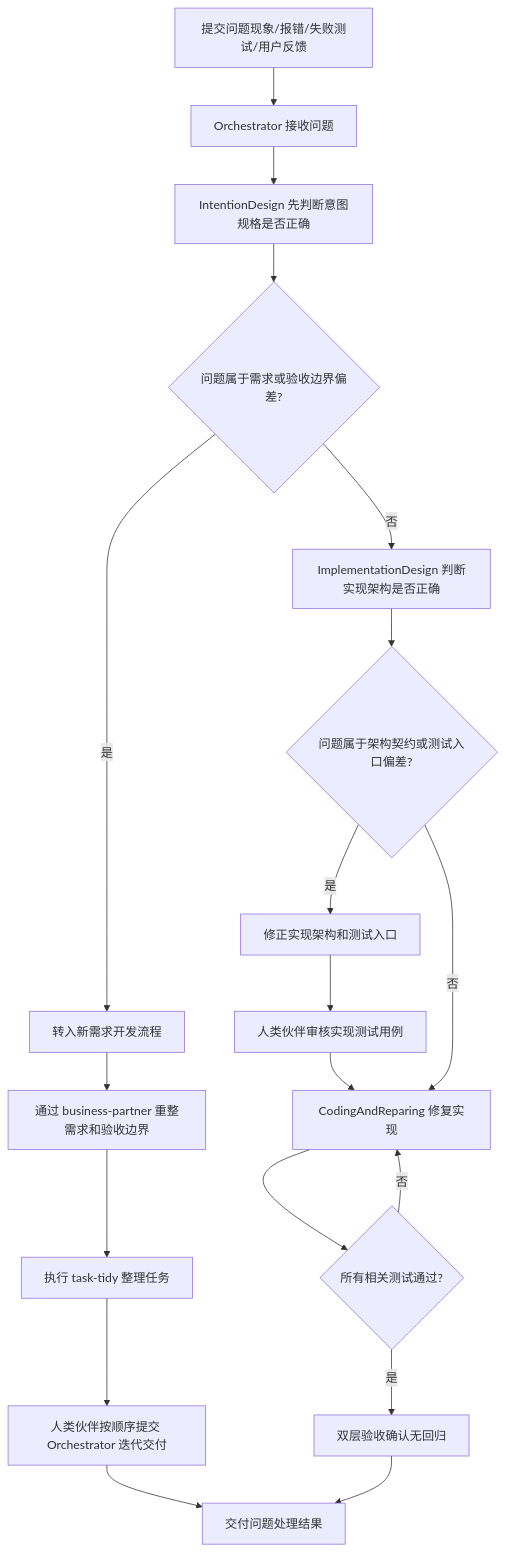
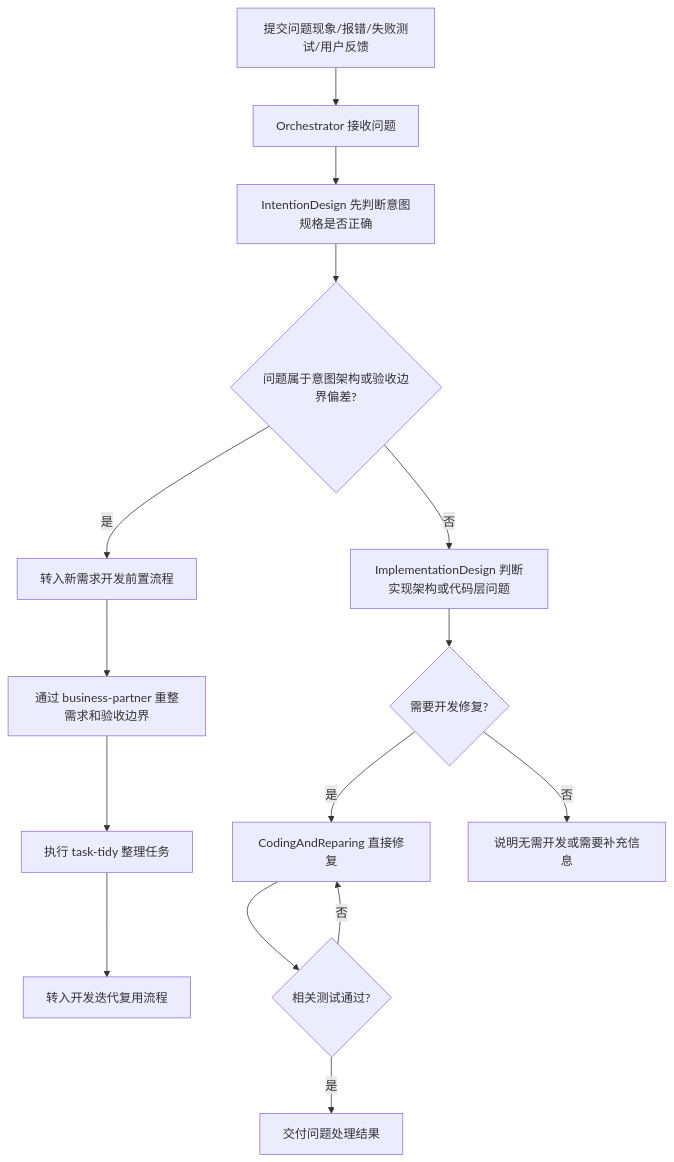
One commit to derekhu0002/Argo changed the third of 5 diagrams in README.md. Above: the diagram before and after it, drawn with Mermaid. The commit also changed other lines of this file, not shown here.

````diff
--- a/README.md
+++ b/README.md
@@ -98,21 +104,17 @@
 ```mermaid
 flowchart TD
     A[提交问题现象/报错/失败测试/用户反馈] --> B[Orchestrator 接收问题]
     B --> C[IntentionDesign 先判断意图规格是否正确]
-    C --> D{问题属于需求或验收边界偏差?}
-    D -- 是 --> E[转入新需求开发流程]
+    C --> D{问题属于意图架构或验收边界偏差?}
+    D -- 是 --> E[转入新需求开发前置流程]
     E --> F[通过 business-partner 重整需求和验收边界]
     F --> G[执行 task-tidy 整理任务]
-    G --> P[人类伙伴按顺序提交 Orchestrator 迭代交付]
-    D -- 否 --> H[ImplementationDesign 判断实现架构是否正确]
-    H --> I{问题属于架构契约或测试入口偏差?}
-    I -- 是 --> J[修正实现架构和测试入口]
-    J --> K[人类伙伴审核实现测试用例]
-    K --> L[CodingAndReparing 修复实现]
-    I -- 否 --> L
-    P --> O
-    L --> M{所有相关测试通过?}
-    M -- 否 --> L
-    M -- 是 --> N[双层验收确认无回归]
-    N --> O[交付问题处理结果]
+    G --> P[转入开发迭代复用流程]
+    D -- 否 --> H[ImplementationDesign 判断实现架构或代码层问题]
+    H --> I{需要开发修复?}
+    I -- 是 --> J[CodingAndReparing 直接修复]
+    J --> K{相关测试通过?}
+    K -- 否 --> J
+    K -- 是 --> L[交付问题处理结果]
+    I -- 否 --> O[说明无需开发或需要补充信息]
 ```
````
